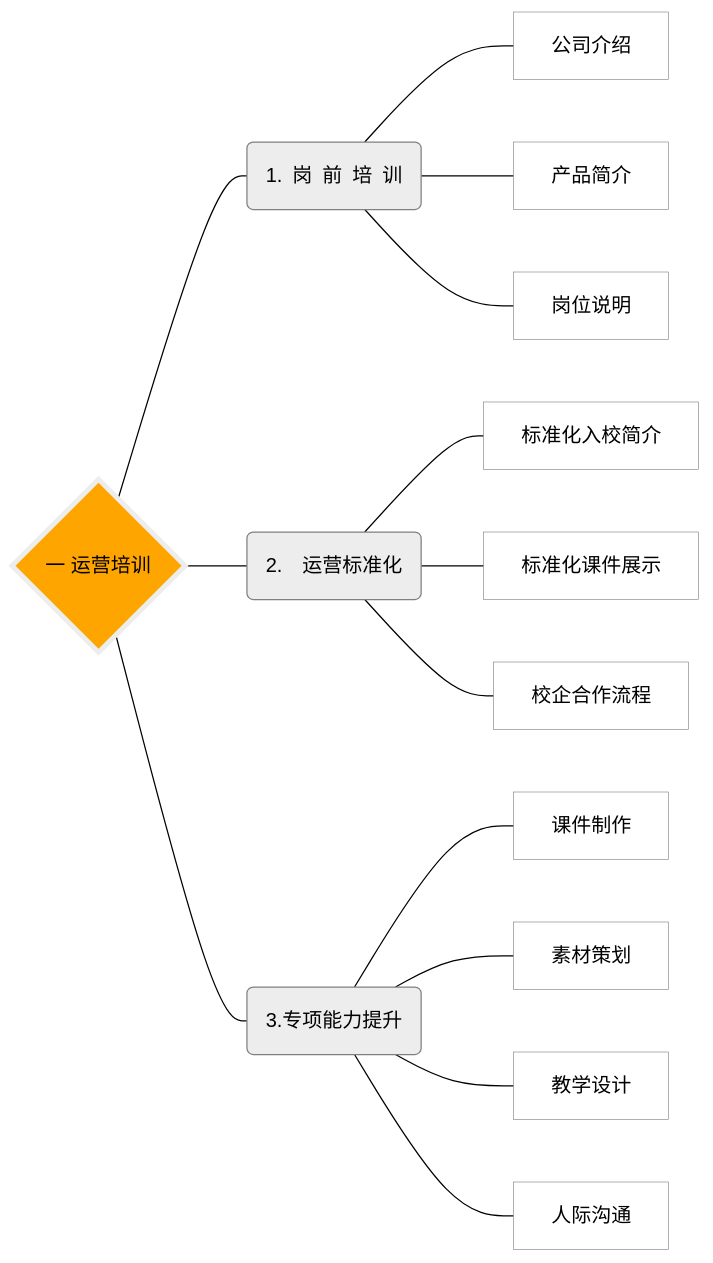
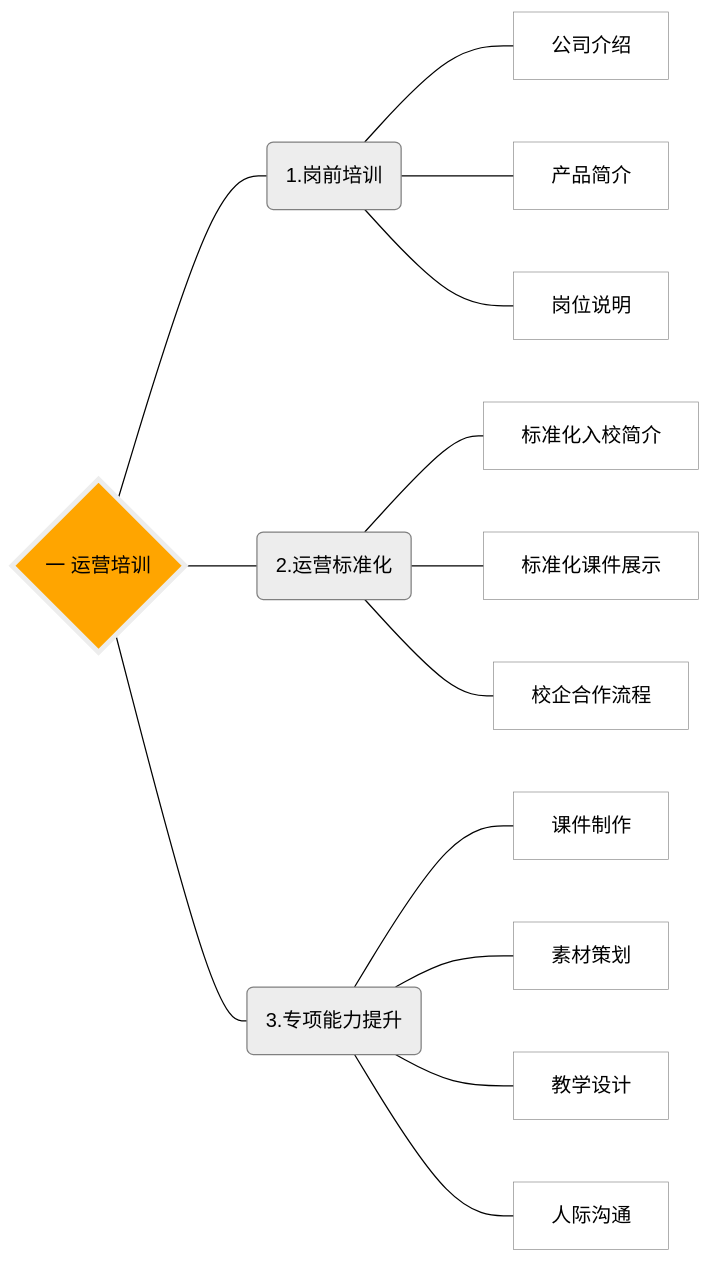
One commit to Xiyue-team/doc_op changed the diagram in index.md. Above: the diagram before and after it, drawn with Mermaid (forest theme).

````diff
--- a/index.md
+++ b/index.md
@@ -19,30 +6,30 @@
 ```mermaid
 graph LR
-    A{一 运营培训}---a(1.&ensp;岗&ensp;前&ensp;培&ensp;训);    
+    A{一 运营培训} --- a( 1.岗前培训 ) 
     style A fill:orange,stroke:#EDEDED,stroke-width:4px
     style a fill:#EDEDED,stroke:gray,stroke-width:1px
-    a---1[公司介绍];
-    style 1 fill:white,stroke:gray,stroke-width:0.5px 
-    a---2[产品简介];
-    style 2 fill:white,stroke:gray,stroke-width:0.5px 
-    a---3[岗位说明];
-    style 3 fill:white,stroke:gray,stroke-width:0.5px 
-    A{一 运营培训}---b( 2.&ensp;&ensp;运营标准化 );
+    a---1[公司介绍] ;
+    style 1 fill:white,stroke:gray,stroke-width:0.5px
+    a---2[产品简介] ;
+    style 2 fill:white,stroke:gray,stroke-width:0.5px
+    a---3[岗位说明] ;
+    style 3 fill:white,stroke:gray,stroke-width:0.5px
+    A --- b( 2.运营标准化 )
     style b fill:#EDEDED,stroke:gray,stroke-width:1px
-    b---4[标准化入校简介];
+    b---4[标准化入校简介] ;
     style 4 fill:white,stroke:gray,stroke-width:0.5px 
-    b---5[标准化课件展示];
+    b---5[标准化课件展示] ;
     style 5 fill:white,stroke:gray,stroke-width:0.5px 
-    b---6[校企合作流程];
+    b---6[校企合作流程] ;
     style 6 fill:white,stroke:gray,stroke-width:0.5px 
-    A{一 运营培训} --- c( 3.专项能力提升 );
+    A --- c( 3.专项能力提升 )
     style c fill:#EDEDED,stroke:gray,stroke-width:1px
-    c---7[课件制作];
+    c---7[课件制作] ;
     style 7 fill:white,stroke:gray,stroke-width:0.5px 
-    c---8[素材策划];
+    c---8[素材策划] ;
     style 8 fill:white,stroke:gray,stroke-width:0.5px 
-    c---9[教学设计];
+    c---9[教学设计] ;
     style 9 fill:white,stroke:gray,stroke-width:0.5px 
-    c---10[人际沟通];
+    c---10[人际沟通] ;
     style 10 fill:white,stroke:gray,stroke-width:0.5px    
 ```
````
